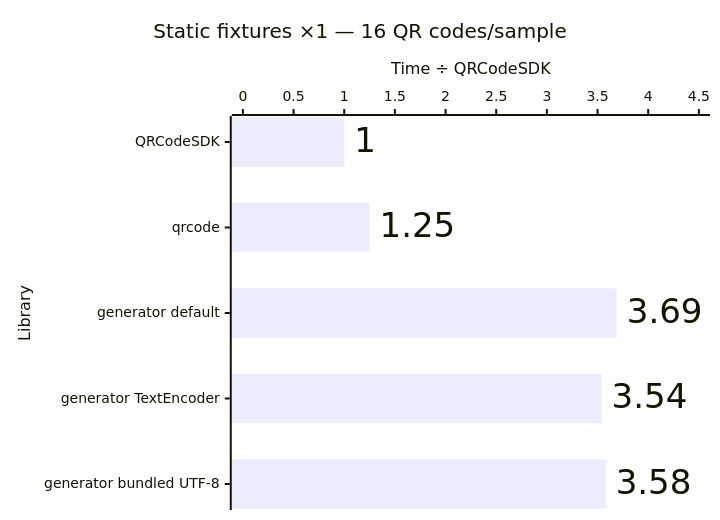
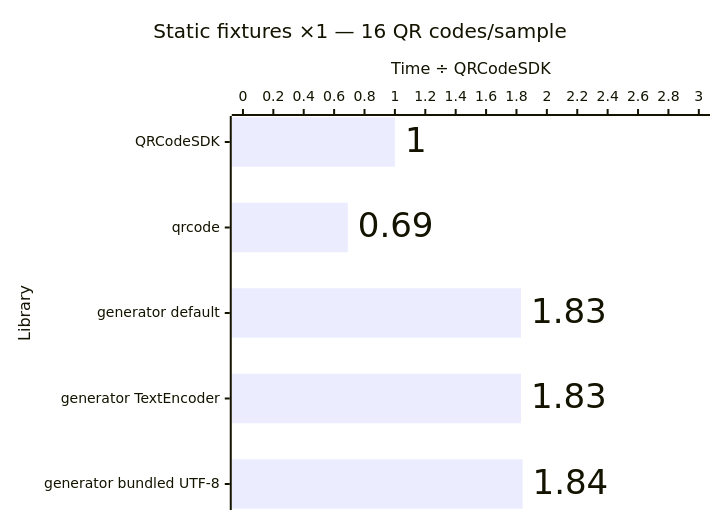
The seventh of 12 diagrams in apps/docs/src/content/docs/guides/performance.md (Dafnik/qrcodesdk), drawn with Mermaid before and after one commit. The commit also changed other lines of this file, not shown here.

````diff
--- a/apps/docs/src/content/docs/guides/performance.md
+++ b/apps/docs/src/content/docs/guides/performance.md
@@ -161,15 +161,15 @@
 ```mermaid
 ---
 config:
   xyChart:
     showDataLabel: true
     showDataLabelOutsideBar: true
 ---
 xychart horizontal
   accTitle: SVG generation: Static fixtures ×1 — 16 QR codes/sample
-  accDescr: Relative median time compared with QRCodeSDK. QRCodeSDK 1.00 times, qrcode 1.25 times, generator default 3.69 times, generator TextEncoder 3.54 times, generator bundled UTF-8 3.58 times. Lower is better.
+  accDescr: Relative median time compared with QRCodeSDK. QRCodeSDK 1.00 times, qrcode 0.69 times, generator default 1.83 times, generator TextEncoder 1.83 times, generator bundled UTF-8 1.84 times. Lower is better.
   title "Static fixtures ×1 — 16 QR codes/sample"
   x-axis "Library" ["QRCodeSDK", "qrcode", "generator default", "generator TextEncoder", "generator bundled UTF-8"]
-  y-axis "Time ÷ QRCodeSDK" 0 --> 4.5
-  bar [1.00, 1.25, 3.69, 3.54, 3.58]
+  y-axis "Time ÷ QRCodeSDK" 0 --> 3.0
+  bar [1.00, 0.69, 1.83, 1.83, 1.84]
 ```
````
